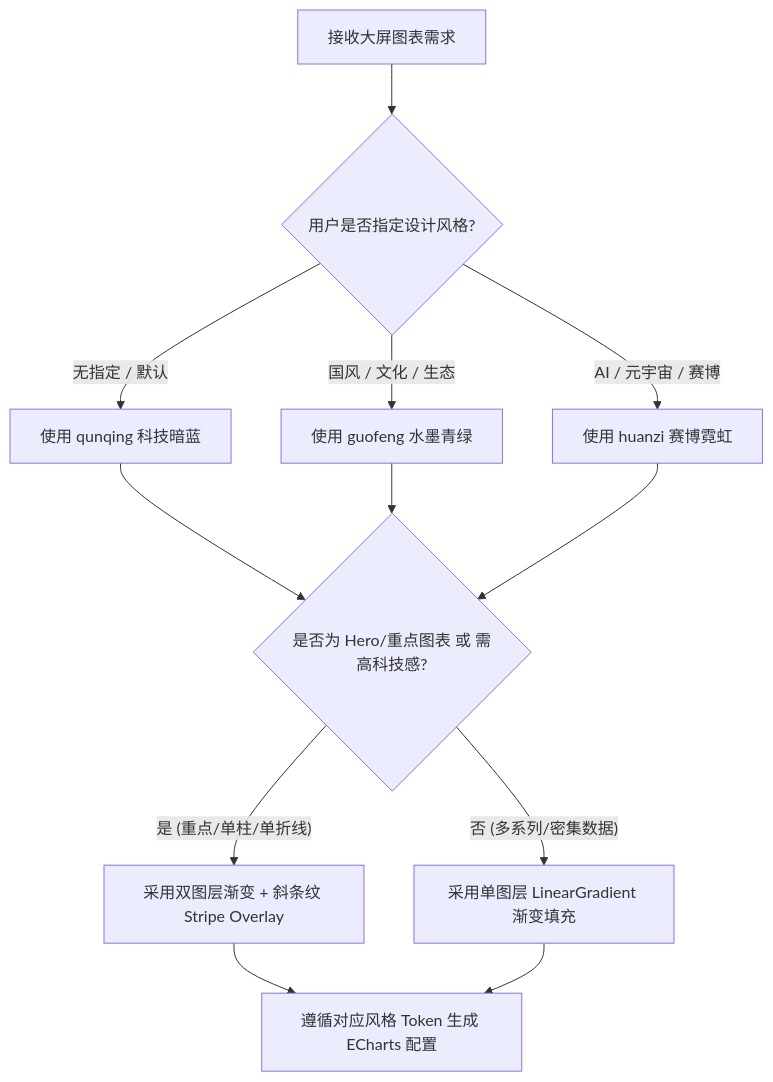
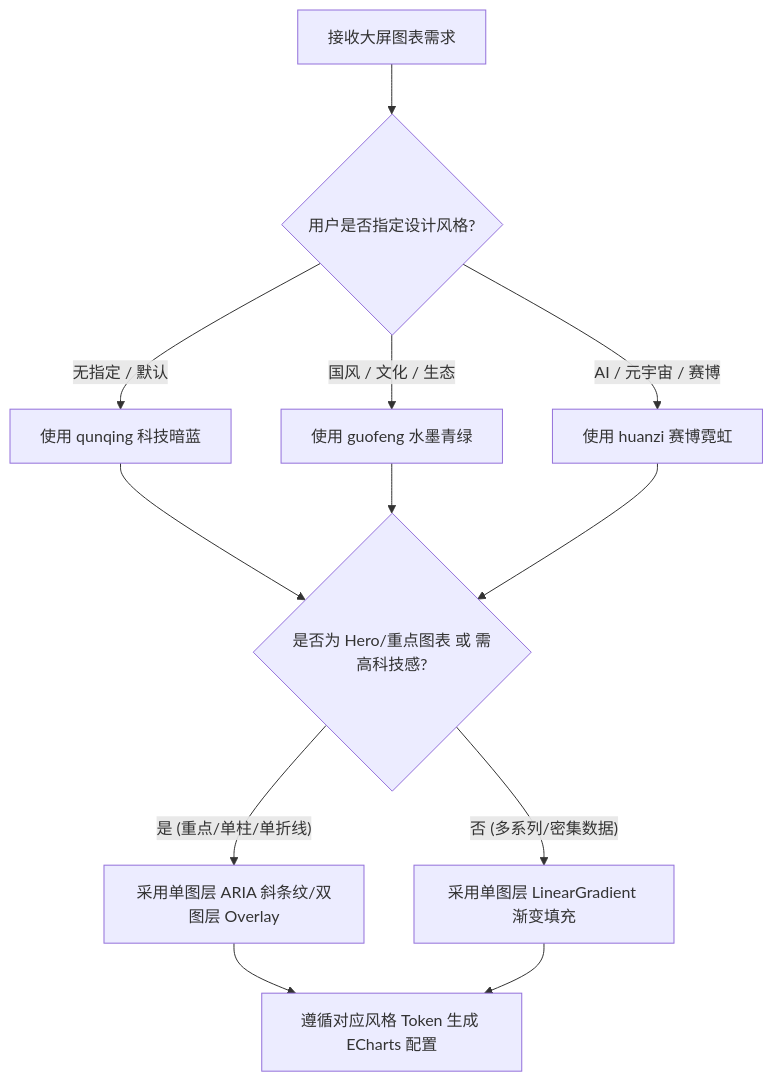
One commit to wuyax/styling-data-viz changed the diagram in SKILL.md. Above: the diagram before and after it, drawn with Mermaid. The commit also changed other lines of this file and 4 other files, not shown here.

Commit message:
feat(skill): Add ARIA Decal single-layer stripe texture helper & gradient border rules

````diff
--- a/SKILL.md
+++ b/SKILL.md
@@ -35,17 +35,17 @@
 ```mermaid
 flowchart TD
     Start[接收大屏图表需求] --> StyleCheck{用户是否指定设计风格?}
     StyleCheck -- "无指定 / 默认" --> QunQing[使用 qunqing 科技暗蓝]
     StyleCheck -- "国风 / 文化 / 生态" --> GuoFeng[使用 guofeng 水墨青绿]
     StyleCheck -- "AI / 元宇宙 / 赛博" --> HuanZi[使用 huanzi 赛博霓虹]
 
     QunQing --> DensityCheck{是否为 Hero/重点图表 或 需高科技感?}
     GuoFeng --> DensityCheck
     HuanZi --> DensityCheck
 
-    DensityCheck -- "是 (重点/单柱/单折线)" --> DualLayer[采用双图层渐变 + 斜条纹 Stripe Overlay]
+    DensityCheck -- "是 (重点/单柱/单折线)" --> DualLayer[采用单图层 ARIA 斜条纹/双图层 Overlay]
     DensityCheck -- "否 (多系列/密集数据)" --> SingleLayer[采用单图层 LinearGradient 渐变填充]
 
     DualLayer --> FinalCode[遵循对应风格 Token 生成 ECharts 配置]
     SingleLayer --> FinalCode
 ```
````
